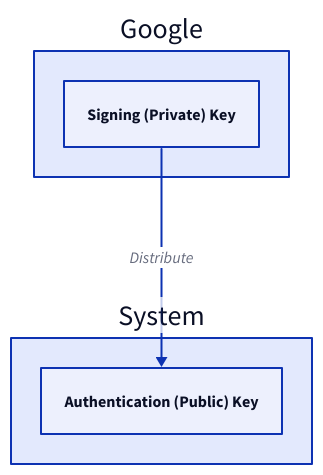
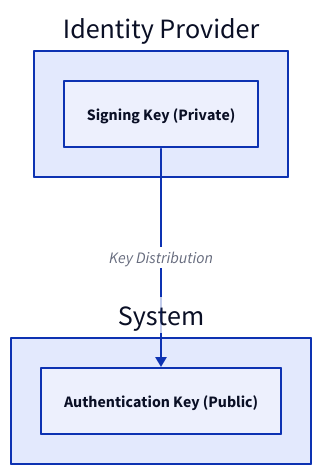
Diagram 12 of 25 in content/docs/system-administration/system-protection/iam.md (link1905/system-design-101), drawn with D2 before and after one commit. The commit also changed other lines of this file and 9 other files, not shown here.

````diff
--- a/content/docs/system-administration/system-protection/iam.md
+++ b/content/docs/system-administration/system-protection/iam.md
@@ -500,13 +486,13 @@
 ```d2
-g: Google {
-  s: Signing (Private) Key {
+g: "Identity Provider" {
+  s: "Signing Key (Private)" {
     class: pri-key
   }
 }
-s: System {
-  a: Authentication (Public) Key {
+s: "System" {
+  a: "Authentication Key (Public)" {
     class: pub-key
   }
 }
-g.s -> s.a: Distribute
+g.s -> s.a: "Key Distribution"
 ```
````
